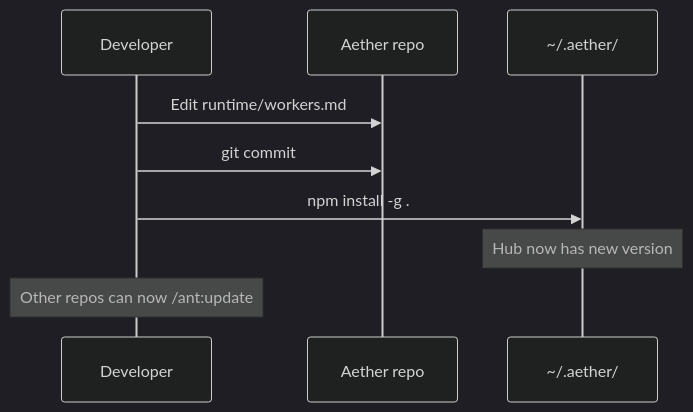
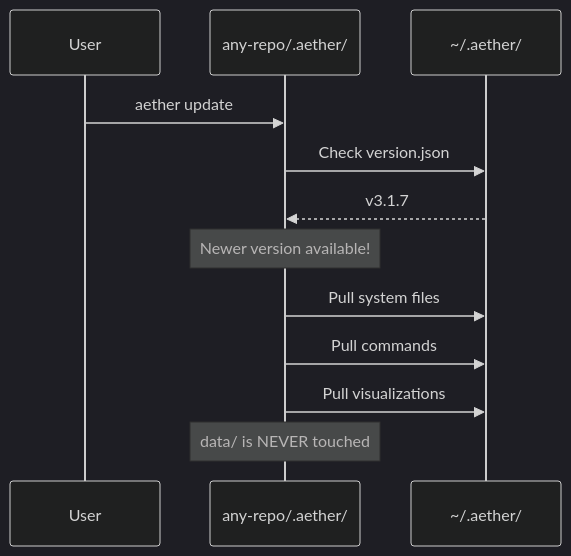
One commit to calcosmic/Aether changed the fourth of 4 diagrams in RUNTIME UPDATE ARCHITECTURE.md. Above: the diagram before and after it, drawn with Mermaid (dark theme). The commit also changed other lines of this file and 36 other files, not shown here.

First line of the commit message:
refactor: flip source of truth from runtime/ to .aether/

````diff
--- a/RUNTIME UPDATE ARCHITECTURE.md
+++ b/RUNTIME UPDATE ARCHITECTURE.md
@@ -125,12 +112,15 @@
 ```mermaid
 sequenceDiagram
-    participant Dev as Developer
-    participant Aether as Aether repo
+    participant User
+    participant Repo as any-repo/.aether/
     participant Hub as ~/.aether/
 
-    Dev->>Aether: Edit runtime/workers.md
-    Dev->>Aether: git commit
-    Dev->>Hub: npm install -g .
-    Note over Hub: Hub now has new version
-    Note over Dev: Other repos can now /ant:update
+    User->>Repo: aether update
+    Repo->>Hub: Check version.json
+    Hub-->>Repo: v3.1.7
+    Note over Repo: Newer version available!
+    Repo->>Hub: Pull system files
+    Repo->>Hub: Pull commands
+    Repo->>Hub: Pull visualizations
+    Note over Repo: data/ is NEVER touched
 ```
````
